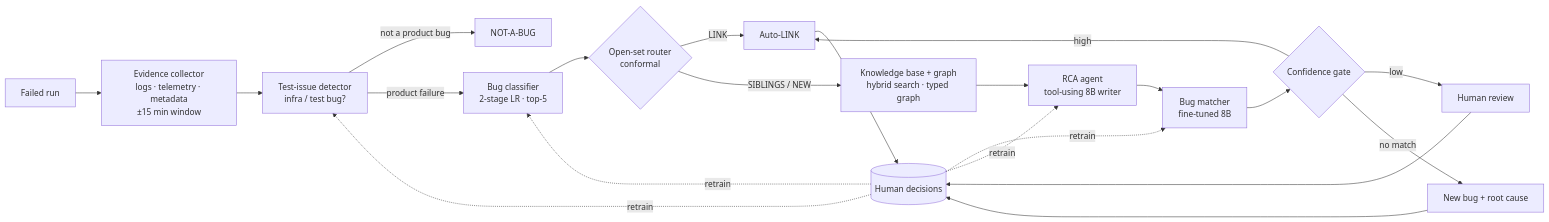
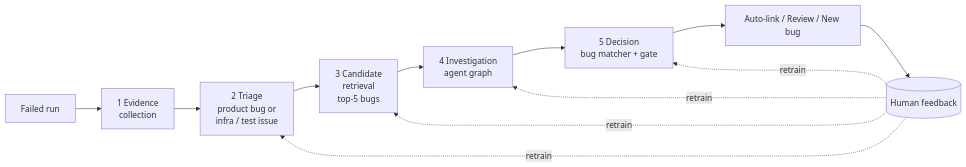
One commit to teSaIntel/portafolio changed the first of 2 diagrams in expert-debugger/README.md. Above: the diagram before and after it, drawn with Mermaid. The commit also changed other lines of this file and 30 other files, not shown here.

````diff
--- a/expert-debugger/README.md
+++ b/expert-debugger/README.md
@@ -27,18 +112,11 @@
 ```mermaid
 flowchart LR
-    A[Failed run] --> B[Evidence collector<br/>logs · telemetry · metadata<br/>±15 min window]
-    B --> C[Test-issue detector<br/>infra / test bug?]
-    C -- not a product bug --> N[NOT-A-BUG]
-    C -- product failure --> D[Bug classifier<br/>2-stage LR · top-5]
-    D --> OS{Open-set router<br/>conformal}
-    OS -- LINK --> L
-    OS -- SIBLINGS / NEW --> E[Knowledge base + graph<br/>hybrid search · typed graph]
-    E --> F[RCA agent<br/>tool-using 8B writer]
-    F --> G[Bug matcher<br/>fine-tuned 8B]
-    G --> H{Confidence gate}
-    H -- high --> L[Auto-LINK]
-    H -- low --> R[Human review]
-    H -- no match --> X[New bug + root cause]
-    L & R & X --> FB[(Human decisions)]
-    FB -. retrain .-> C & D & G & F
+    A[Failed run] --> B[1 Evidence<br/>collection]
+    B --> C[2 Triage<br/>product bug or<br/>infra / test issue]
+    C --> D[3 Candidate<br/>retrieval<br/>top-5 bugs]
+    D --> E[4 Investigation<br/>agent graph]
+    E --> F[5 Decision<br/>bug matcher + gate]
+    F --> G[Auto-link / Review / New bug]
+    G --> H[(Human feedback)]
+    H -. retrain .-> C & D & E & F
 ```
````
